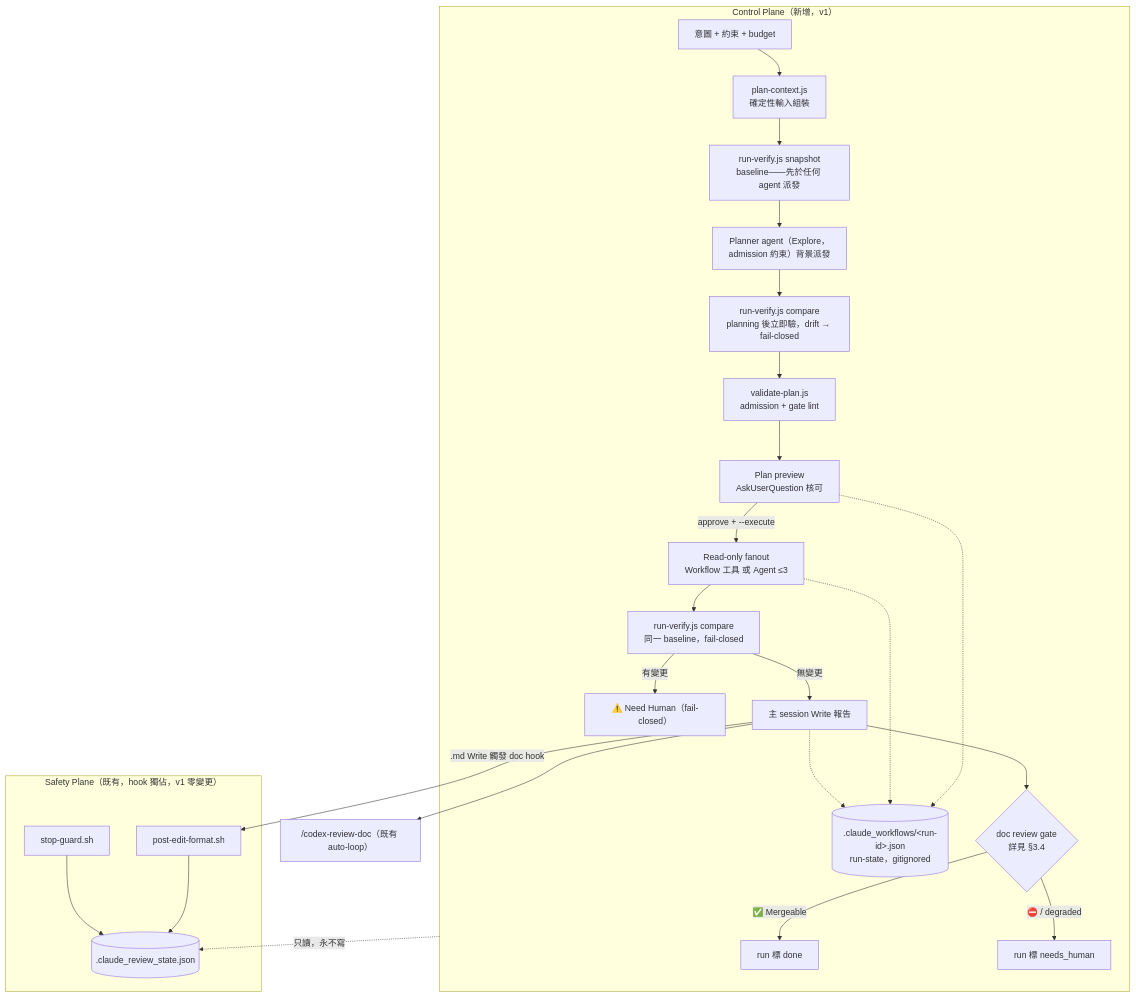
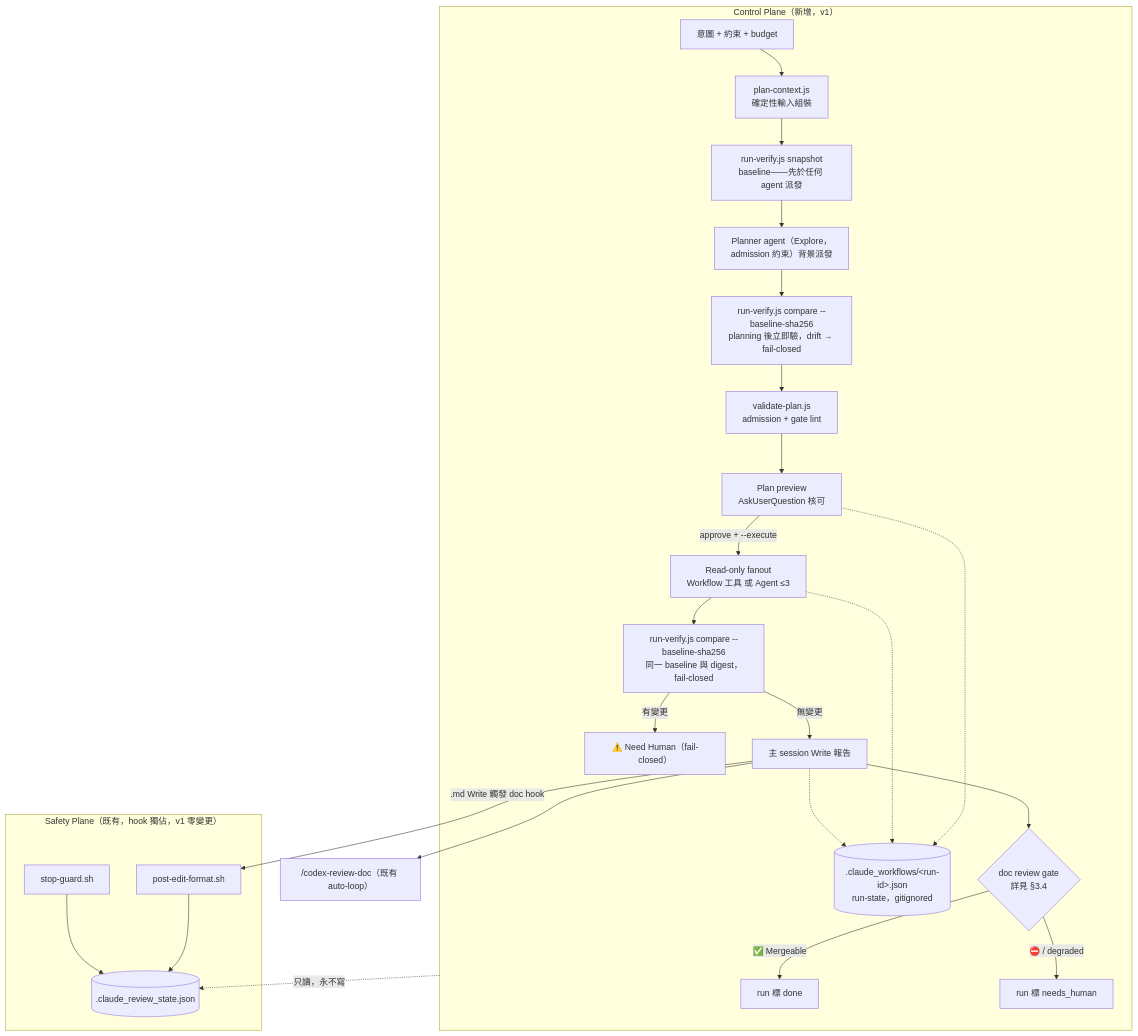
Before and after one commit to sd0xdev/sd0x-dev-flow: the first of 2 diagrams in docs/features/workflow-orchestration/2-tech-spec.md, drawn with Mermaid. The commit also changed other lines of this file and 87 other files, not shown here.

````diff
--- a/docs/features/workflow-orchestration/2-tech-spec.md
+++ b/docs/features/workflow-orchestration/2-tech-spec.md
@@ -88,29 +89,29 @@
 ```mermaid
 flowchart TB
     subgraph CP["Control Plane（新增，v1）"]
         I[意圖 + 約束 + budget] --> PC[plan-context.js<br/>確定性輸入組裝]
         PC --> SNAP1[run-verify.js snapshot<br/>baseline——先於任何 agent 派發]
         SNAP1 --> PL[Planner agent（Explore，<br/>admission 約束）背景派發]
-        PL --> CMP1[run-verify.js compare<br/>planning 後立即驗，drift → fail-closed]
+        PL --> CMP1[run-verify.js compare --baseline-sha256<br/>planning 後立即驗，drift → fail-closed]
         CMP1 --> VP[validate-plan.js<br/>admission + gate lint]
         VP --> PV[Plan preview<br/>AskUserQuestion 核可]
         PV -->|approve + --execute| FO[Read-only fanout<br/>Workflow 工具 或 Agent ≤3]
-        FO --> SNAP2[run-verify.js compare<br/>同一 baseline，fail-closed]
+        FO --> SNAP2[run-verify.js compare --baseline-sha256<br/>同一 baseline 與 digest，fail-closed]
         SNAP2 -->|無變更| RPT[主 session Write 報告]
         SNAP2 -->|有變更| NH["⚠️ Need Human（fail-closed）"]
         RPT --> DG{doc review gate<br/>詳見 §3.4}
         DG -->|"✅ Mergeable"| DONE[run 標 done]
         DG -->|"⛔ / degraded"| NH2[run 標 needs_human]
         RS[(".claude_workflows/&lt;run-id&gt;.json"<br/>run-state，gitignored)]
         PV -.-> RS
         FO -.-> RS
         RPT -.-> RS
     end
     subgraph SP["Safety Plane（既有，hook 獨佔，v1 零變更）"]
         H[post-edit-format.sh] --> SF[(".claude_review_state.json")]
         SG[stop-guard.sh] --> SF
     end
     RPT -->|".md Write 觸發 doc hook"| H
     RPT --> DR["/codex-review-doc（既有 auto-loop）"]
     CP -.->|只讀，永不寫| SF
 ```
````
